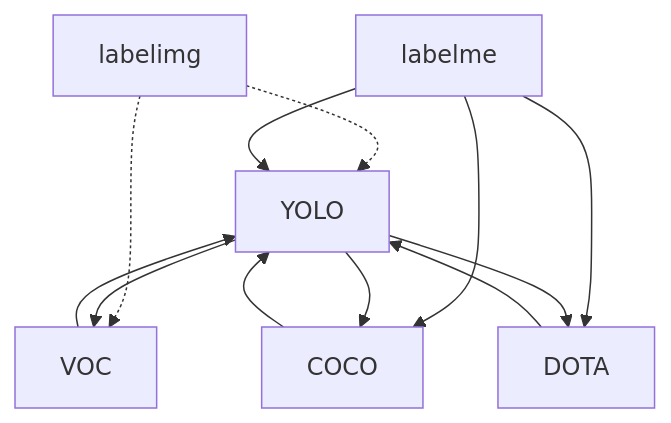
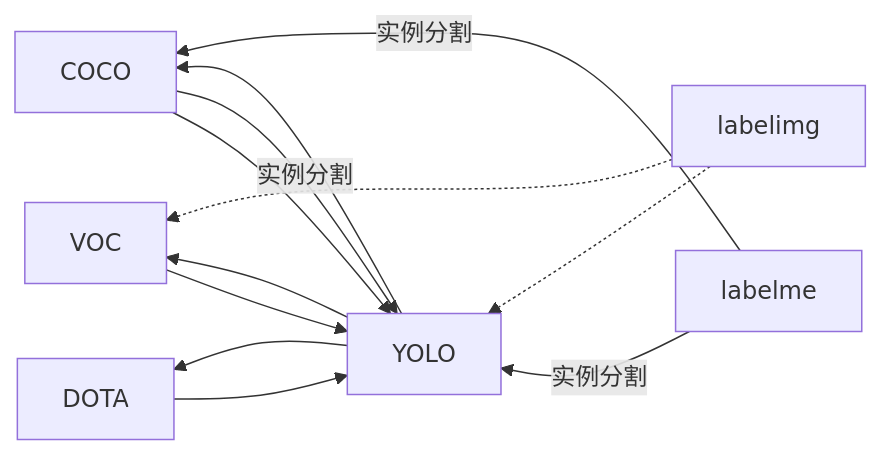
One commit to caibucai22/cv-dataset-format-converter changed the diagram in README.md. Above: the diagram before and after it, drawn with Mermaid. The commit also changed 32 other files, not shown here.

````diff
--- a/README.md
+++ b/README.md
@@ -13,21 +13,21 @@
 ```mermaid
-graph TB
+graph RL
     A[labelimg]
     B[labelme]
     C[COCO]
     D[YOLO]
     E[VOC]
     F[DOTA]
     A -.->D
     A -.->E
-    B --> C
-    B --> D
-    B --> F
+    B -->|实例分割| C
+    B -->|实例分割| D
+    C -->|实例分割| D
     C --> D
     D --> C
     D --> E
     D --> F
     E --> D
     F --> D
     
 ```
````
